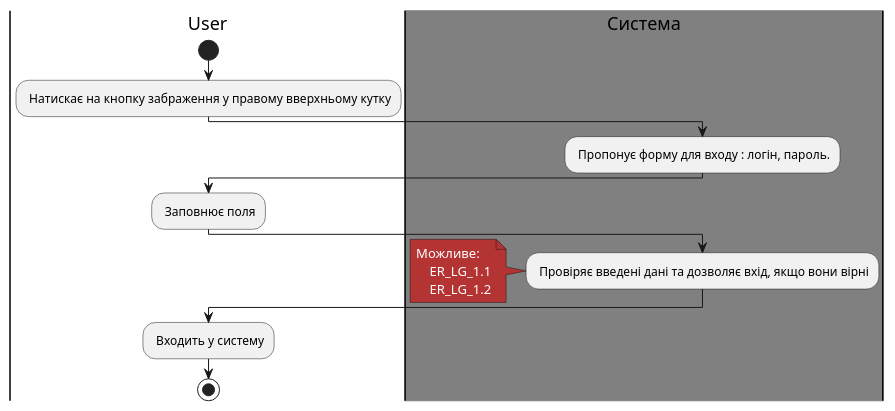
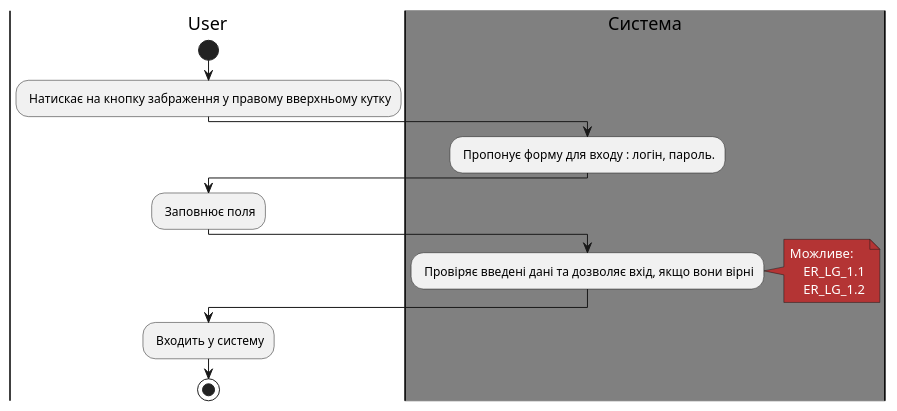
The diagram in doc/uml/log-in.puml (l0releei/Vt_website), drawn with PlantUML before and after one commit.

```diff
--- a/doc/uml/log-in.puml
+++ b/doc/uml/log-in.puml
@@ -1,35 +1,35 @@
 @startuml
 skinparam ArchimateBackgroundColor #ffffff
 skinparam	shadowing false
 skinparam Note {
 	BackgroundColor #B43434
 	FontColor #ffffff
 }
 
 
 |User| 
 start
 
 : Натискає на кнопку забраження у правому вверхньому кутку;
 
 |#Gray|Система|
 
 : Пропонує форму для входу : логін, пароль.;
 
 |User| 
 
 : Заповнює поля;
 
 |#Gray|Система|
 : Провіряє введені дані та дозволяє вхід, якщо вони вірні;
-note left
+note right
 Можливе:
     ER_LG_1.1
     ER_LG_1.2
 end note
 |User| 
 
 : Входить у систему;
 
 stop;
 @enduml
```
